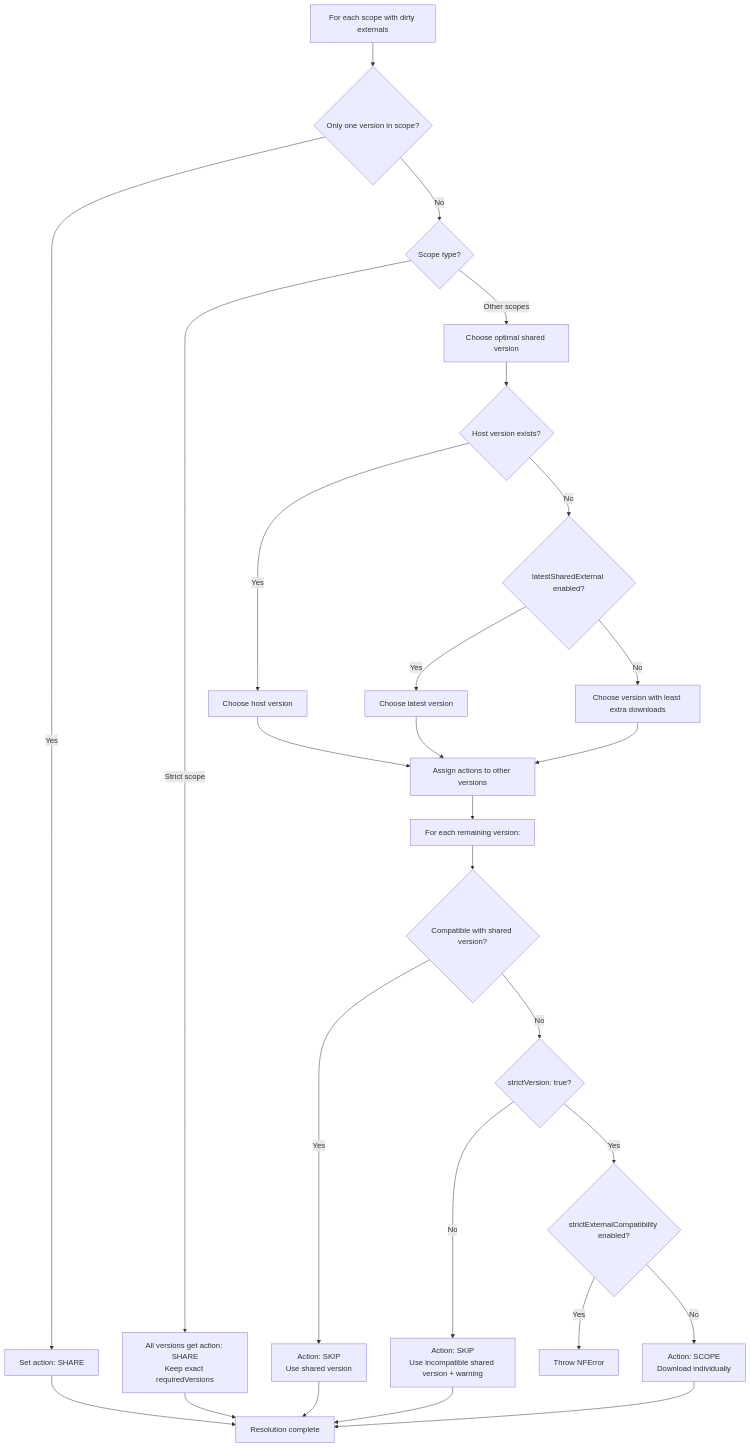
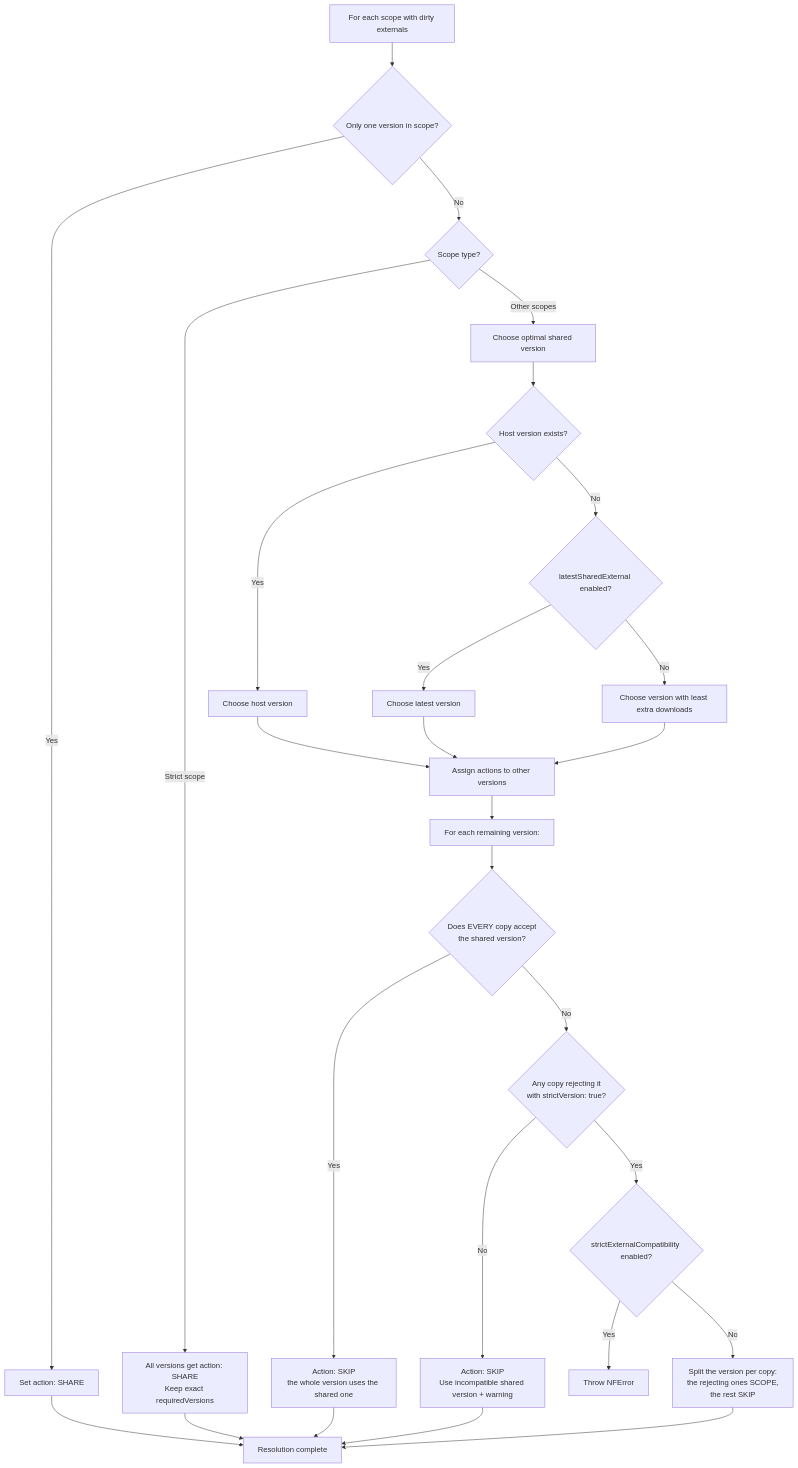
Before and after one commit to native-federation/orchestrator: the fourth of 11 diagrams in docs/version-resolver.md, drawn with Mermaid. The commit also changed other lines of this file and 5 other files, not shown here.

````diff
--- a/docs/version-resolver.md
+++ b/docs/version-resolver.md
@@ -475,33 +475,33 @@
 ```mermaid
 flowchart TD
     A[For each scope with dirty externals] --> B{Only one version in scope?}
     B -->|Yes| C[Set action: SHARE]
     B -->|No| D{Scope type?}
     D -->|Strict scope| E[All versions get action: SHARE<br/>Keep exact requiredVersions]
     D -->|Other scopes| F[Choose optimal shared version]
 
     F --> F1{Host version exists?}
     F1 -->|Yes| F2[Choose host version]
     F1 -->|No| F3{latestSharedExternal enabled?}
     F3 -->|Yes| F4[Choose latest version]
     F3 -->|No| F5[Choose version with least extra downloads]
 
     F2 --> G[Assign actions to other versions]
     F4 --> G
     F5 --> G
 
     G --> G1[For each remaining version:]
-    G1 --> G2{Compatible with shared version?}
-    G2 -->|Yes| G3[Action: SKIP<br/>Use shared version]
-    G2 -->|No| G4{strictVersion: true?}
+    G1 --> G2{Does EVERY copy accept<br/>the shared version?}
+    G2 -->|Yes| G3[Action: SKIP<br/>the whole version uses the shared one]
+    G2 -->|No| G4{Any copy rejecting it<br/>with strictVersion: true?}
+    G4 -->|No| G6[Action: SKIP<br/>Use incompatible shared version + warning]
     G4 -->|Yes| G5{strictExternalCompatibility enabled?}
-    G4 -->|No| G6[Action: SKIP<br/>Use incompatible shared version + warning]
     G5 -->|Yes| G7[Throw NFError]
-    G5 -->|No| G8[Action: SCOPE<br/>Download individually]
+    G5 -->|No| G8[Split the version per copy:<br/>the rejecting ones SCOPE,<br/>the rest SKIP]
 
     C --> H[Resolution complete]
     E --> H
     G3 --> H
     G6 --> H
     G8 --> H
 ```
````
